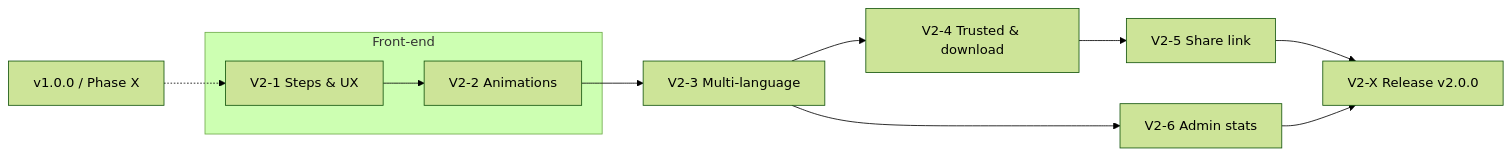
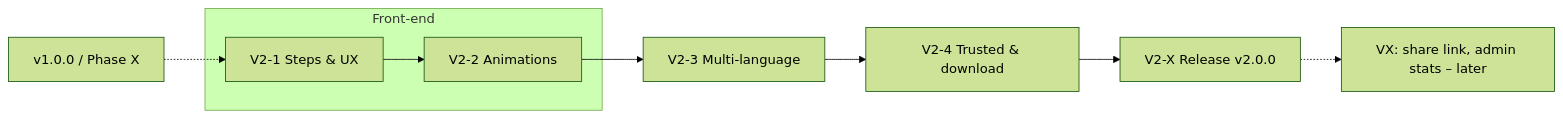
The diagram in Analysis/V2/README.md (BertVanBaelen/TravelSteps), drawn with Mermaid (forest theme) before and after one commit. The commit also changed other lines of this file and 24 other files, not shown here.

````diff
--- a/Analysis/V2/README.md
+++ b/Analysis/V2/README.md
@@ -24,13 +24,11 @@
 ```mermaid
 graph LR
   V1[v1.0.0 / Phase X] -.-> S1
   subgraph Front-end
     S1[V2-1 Steps & UX] --> S2[V2-2 Animations]
   end
   S2 --> S3[V2-3 Multi-language]
   S3 --> S4[V2-4 Trusted & download]
-  S4 --> S5[V2-5 Share link]
-  S3 --> S6[V2-6 Admin stats]
-  S5 --> SX[V2-X Release v2.0.0]
-  S6 --> SX
+  S4 --> SX[V2-X Release v2.0.0]
+  SX -.-> VX[VX: share link, admin stats – later]
 ```
````
